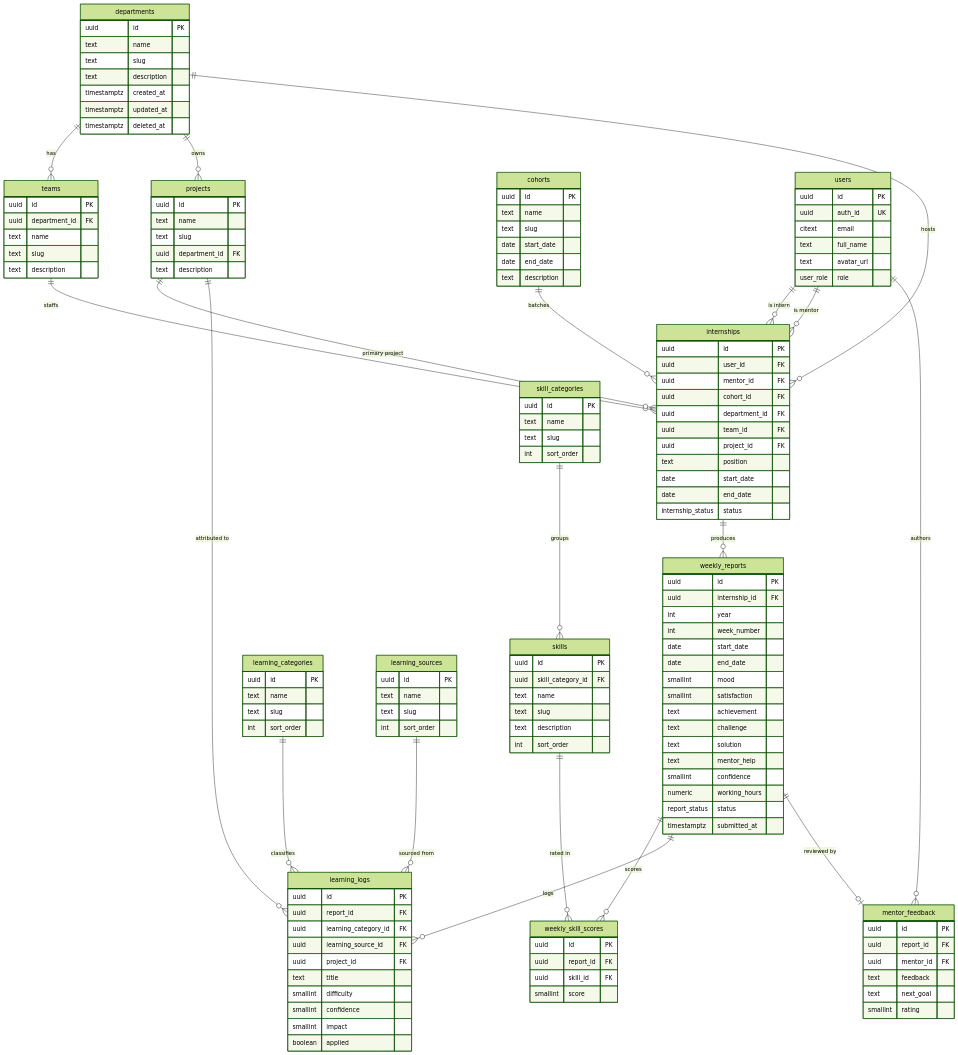
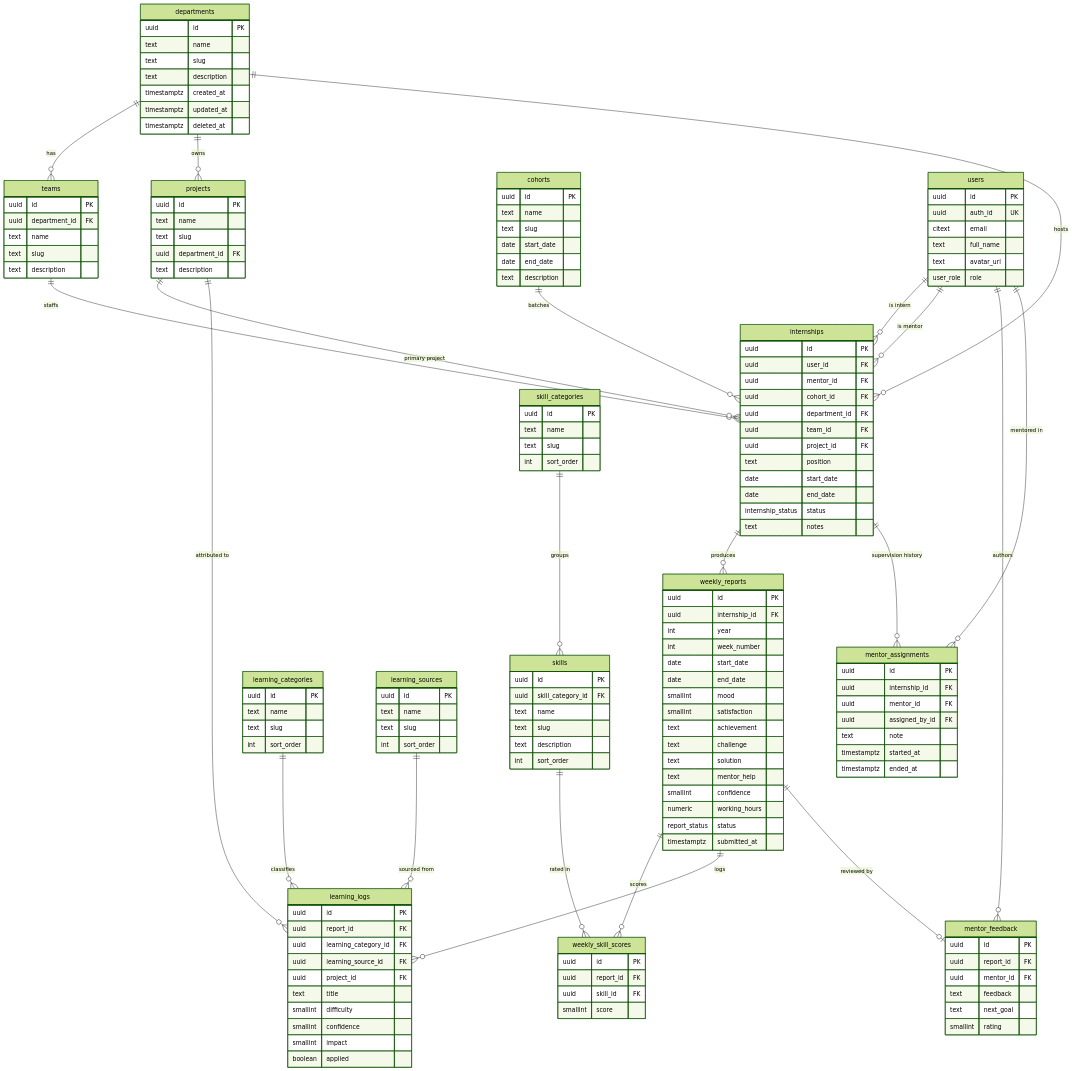
One commit to designercallour/Altiora changed the diagram in docs/DATABASE.md. Above: the diagram before and after it, drawn with Mermaid (forest theme). The commit also changed other lines of this file and 2 other files, not shown here.

First line of the commit message:
docs: document internship program management

```diff
--- a/docs/DATABASE.md
+++ b/docs/DATABASE.md
@@ -50,8 +50,10 @@
   users ||--o{ internships : "is intern"
   users ||--o{ internships : "is mentor"
   users ||--o{ mentor_feedback : "authors"
+  users ||--o{ mentor_assignments : "mentored in"
 
   internships ||--o{ weekly_reports : "produces"
+  internships ||--o{ mentor_assignments : "supervision history"
 
   weekly_reports ||--o{ weekly_skill_scores : "scores"
   weekly_reports ||--o{ learning_logs : "logs"
@@ -143,6 +145,17 @@
     date start_date
     date end_date
     internship_status status
+    text notes
+  }
+
+  mentor_assignments {
+    uuid id PK
+    uuid internship_id FK
+    uuid mentor_id FK
+    uuid assigned_by_id FK
+    text note
+    timestamptz started_at
+    timestamptz ended_at
   }
 
   weekly_reports {
```
